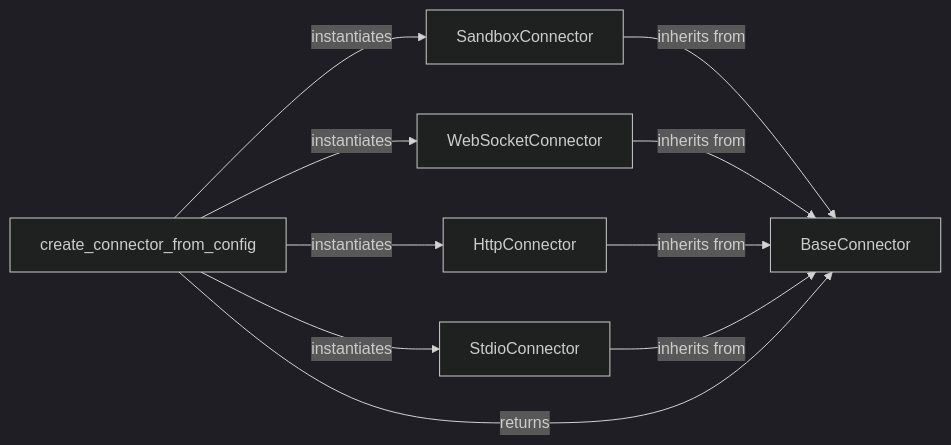
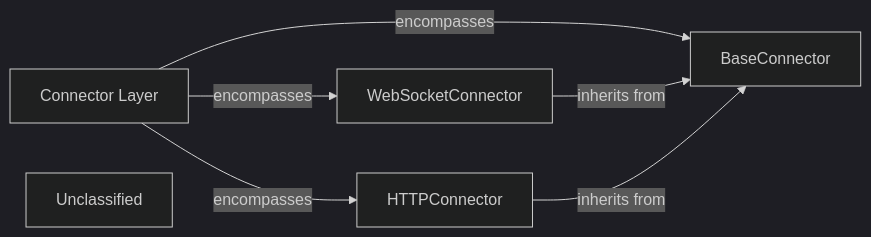
Before and after one commit to mcp-use/mcp-use: the diagram in .codeboarding/Connector_Layer.mdx, drawn with Mermaid (dark theme). The commit also changed other lines of this file and 29 other files, not shown here.

First line of the commit message:
docs: update codeboarding documentation and generate architecture

````diff
--- a/.codeboarding/Connector_Layer.mdx
+++ b/.codeboarding/Connector_Layer.mdx
@@ -2,18 +2,14 @@
 ```mermaid
 graph LR
+    Connector_Layer["Connector Layer"]
     BaseConnector["BaseConnector"]
-    SandboxConnector["SandboxConnector"]
     WebSocketConnector["WebSocketConnector"]
-    HttpConnector["HttpConnector"]
-    StdioConnector["StdioConnector"]
-    create_connector_from_config["create_connector_from_config"]
-    SandboxConnector -- "inherits from" --> BaseConnector
+    HTTPConnector["HTTPConnector"]
+    Unclassified["Unclassified"]
+    Connector_Layer -- "encompasses" --> BaseConnector
+    Connector_Layer -- "encompasses" --> WebSocketConnector
+    Connector_Layer -- "encompasses" --> HTTPConnector
     WebSocketConnector -- "inherits from" --> BaseConnector
-    HttpConnector -- "inherits from" --> BaseConnector
-    StdioConnector -- "inherits from" --> BaseConnector
-    create_connector_from_config -- "instantiates" --> SandboxConnector
-    create_connector_from_config -- "instantiates" --> WebSocketConnector
-    create_connector_from_config -- "instantiates" --> HttpConnector
-    create_connector_from_config -- "instantiates" --> StdioConnector
-    create_connector_from_config -- "returns" --> BaseConnector
+    HTTPConnector -- "inherits from" --> BaseConnector
+    click Connector_Layer href "/codeboarding/Connector_Layer.md" "Details"
 ```
````
